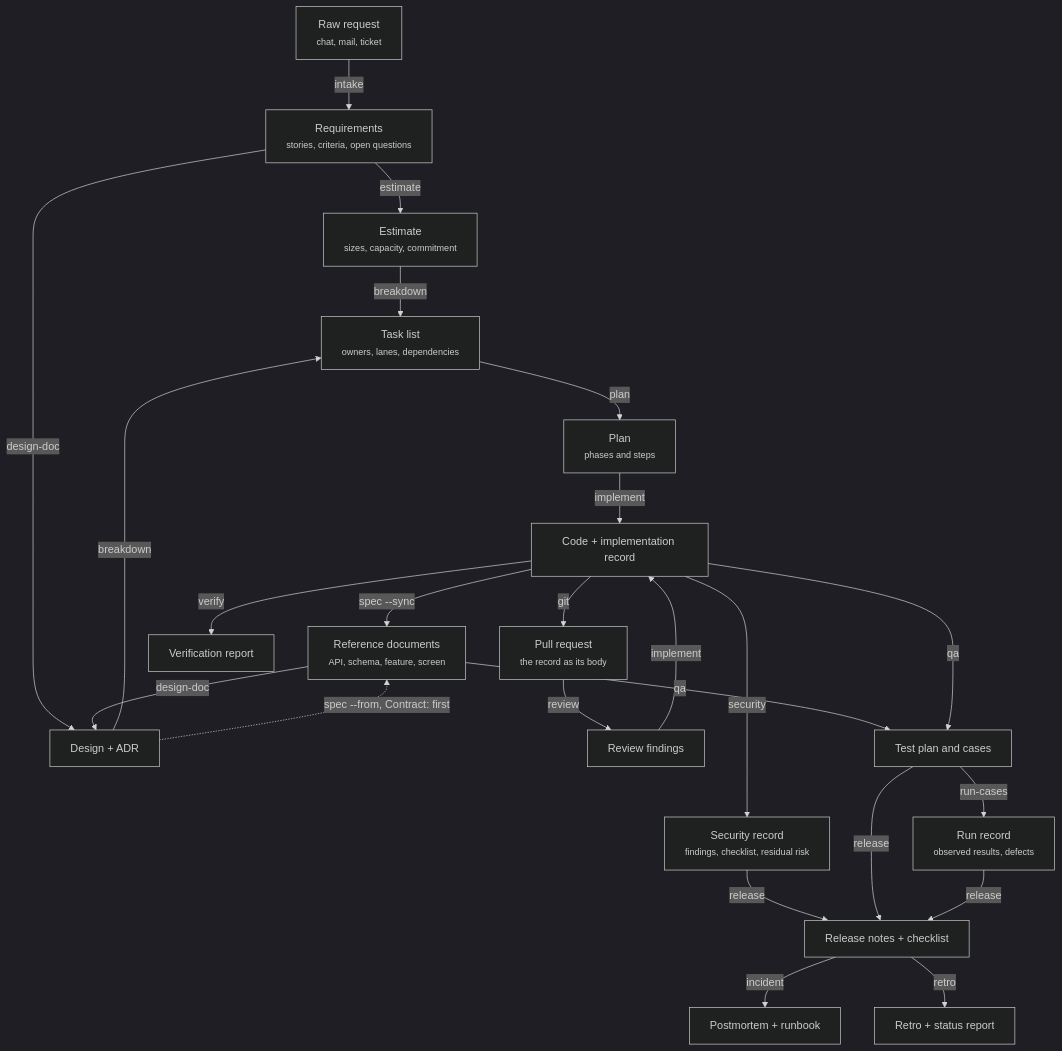
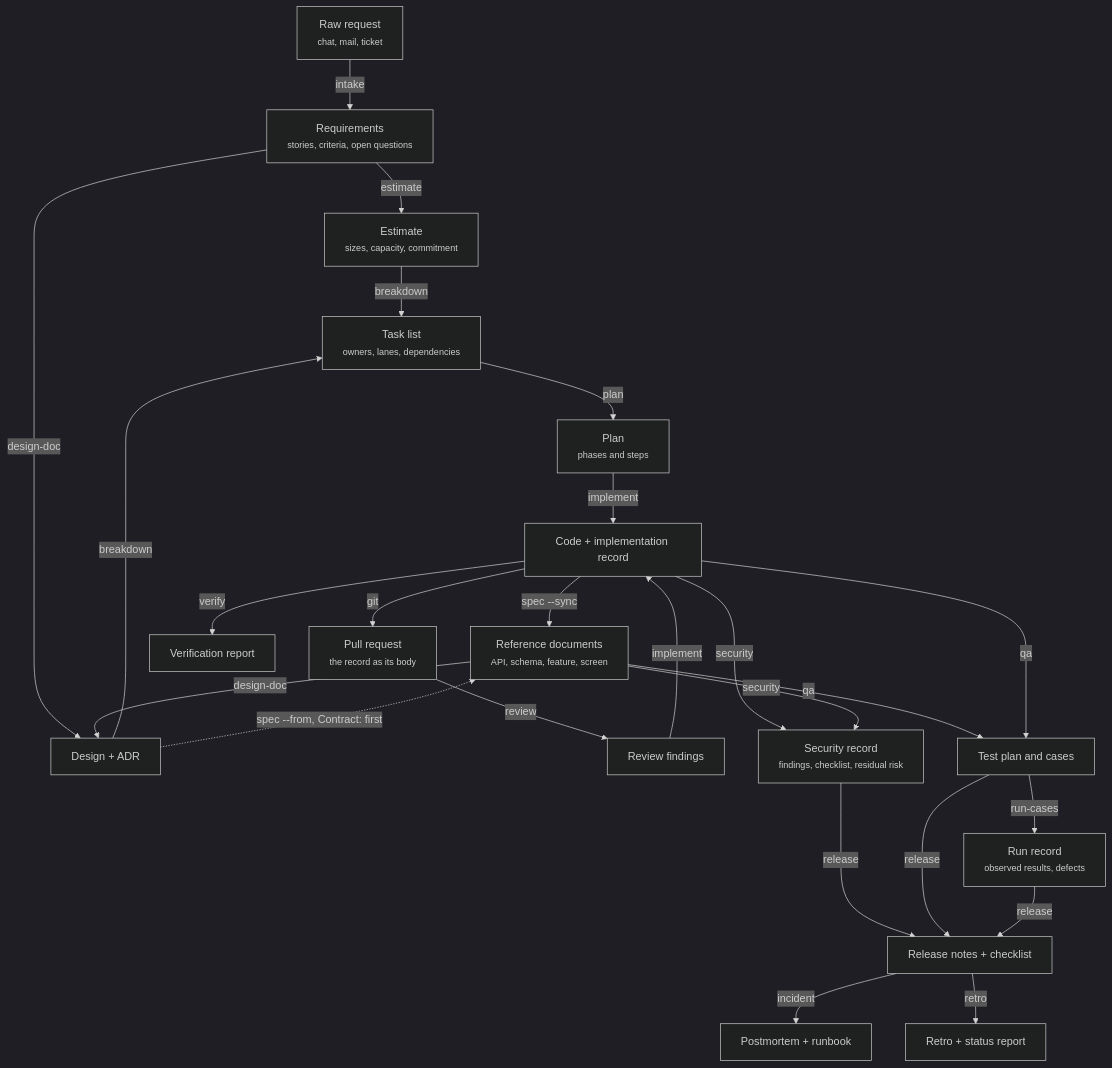
The diagram in docs/flow/skill-chain.md (lamngockhuong/aiteamkit), drawn with Mermaid (dark theme) before and after one commit. The commit also changed other lines of this file and 15 other files, not shown here.

````diff
--- a/docs/flow/skill-chain.md
+++ b/docs/flow/skill-chain.md
@@ -15,44 +15,45 @@
 ```mermaid
 flowchart TD
     A0["Raw request<br/><small>chat, mail, ticket</small>"]
     A1["Requirements<br/><small>stories, criteria, open questions</small>"]
     A2["Estimate<br/><small>sizes, capacity, commitment</small>"]
     A3["Design + ADR"]
     A3b["Reference documents<br/><small>API, schema, feature, screen</small>"]
     A4["Task list<br/><small>owners, lanes, dependencies</small>"]
     A5["Plan<br/><small>phases and steps</small>"]
     A6["Code + implementation record"]
     A6b["Pull request<br/><small>the record as its body</small>"]
     A7["Review findings"]
     A8["Test plan and cases"]
     A8b["Run record<br/><small>observed results, defects</small>"]
     A9["Verification report"]
     A9b["Security record<br/><small>findings, checklist, residual risk</small>"]
     A10["Release notes + checklist"]
     A11["Postmortem + runbook"]
     A12["Retro + status report"]
 
     A0 -->|intake| A1
     A1 -->|estimate| A2
     A1 -->|design-doc| A3
     A2 -->|breakdown| A4
     A3 -->|breakdown| A4
     A3b -->|design-doc| A3
     A4 -->|plan| A5
     A5 -->|implement| A6
     A6 -->|git| A6b
     A6b -->|review| A7
     A7 -->|implement| A6
     A6 -->|spec --sync| A3b
     A3 -.->|spec --from, Contract: first| A3b
     A3b -->|qa| A8
     A6 -->|qa| A8
     A6 -->|verify| A9
     A6 -->|security| A9b
+    A3b -->|security| A9b
     A9b -->|release| A10
     A8 -->|release| A10
     A8 -->|run-cases| A8b
     A8b -->|release| A10
     A10 -->|incident| A11
     A10 -->|retro| A12
 ```
````
